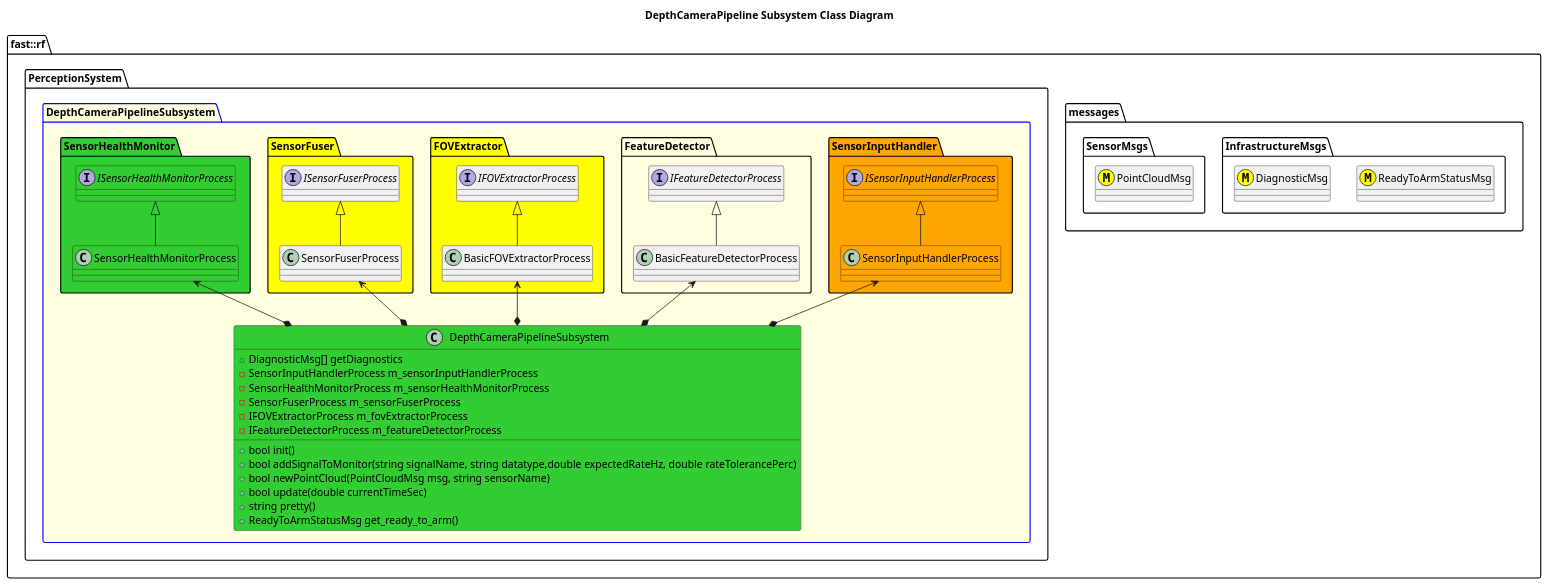
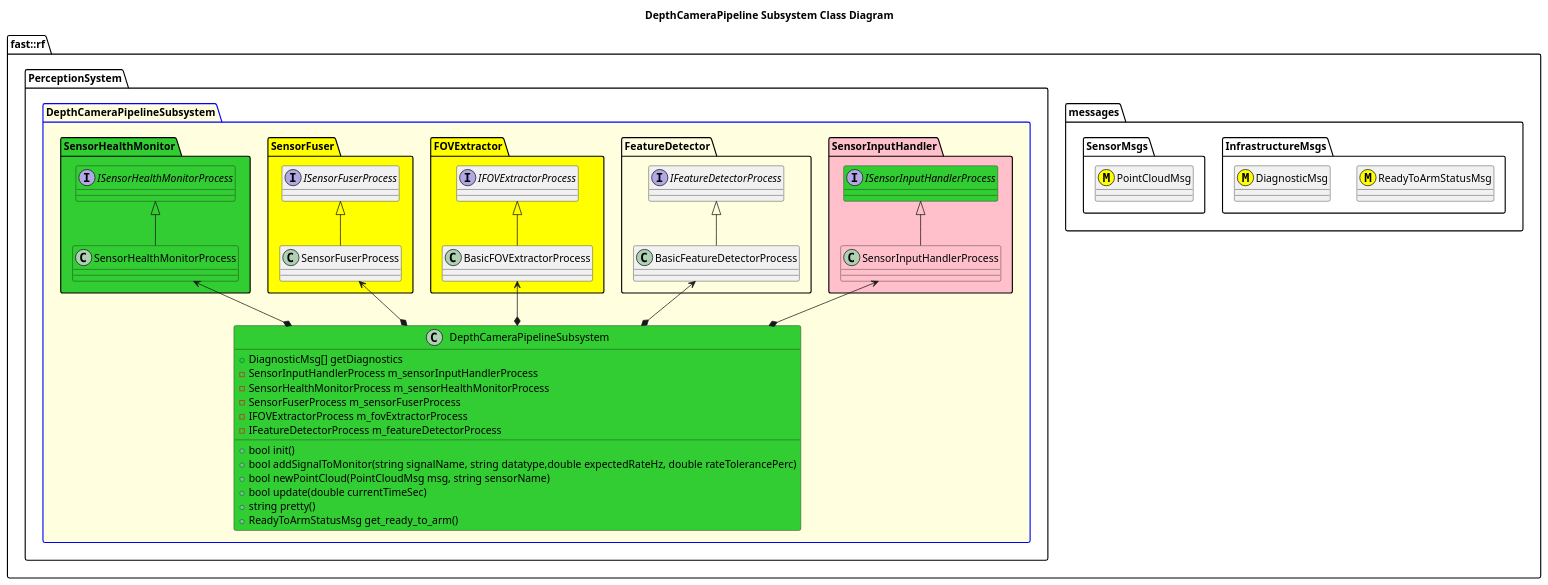
The diagram in Systems/Perception/Subsystems/DepthCameraPipeline/doc/puml/DepthCameraPipelineSubsystemClassDiagram.puml (fastrobotics/robot_framework), drawn with PlantUML before and after one commit. The commit also changed 8 other files, not shown here.

```diff
--- a/Systems/Perception/Subsystems/DepthCameraPipeline/doc/puml/DepthCameraPipelineSubsystemClassDiagram.puml
+++ b/Systems/Perception/Subsystems/DepthCameraPipeline/doc/puml/DepthCameraPipelineSubsystemClassDiagram.puml
@@ -2,65 +2,65 @@
 @startuml
 title DepthCameraPipeline Subsystem Class Diagram
 namespace fast::rf {
   namespace messages {
     namespace InfrastructureMsgs {
         class ReadyToArmStatusMsg <<(M,#FFFF00)>>
         class DiagnosticMsg <<(M,#FFFF00)>>
     }
     namespace SensorMsgs {
         class PointCloudMsg <<(M,#FFFF00)>>
     }
   }
   namespace PerceptionSystem {
     package DepthCameraPipelineSubsystem #LightYellow;line:blue {
         
-        namespace SensorInputHandler #Orange {
-            interface ISensorInputHandlerProcess #Orange
-            class SensorInputHandlerProcess #Orange
+        namespace SensorInputHandler #Pink {
+            interface ISensorInputHandlerProcess #LimeGreen
+            class SensorInputHandlerProcess #Pink
             SensorInputHandlerProcess -up-|> ISensorInputHandlerProcess
         }
         namespace FeatureDetector {
             interface IFeatureDetectorProcess
             class BasicFeatureDetectorProcess
             BasicFeatureDetectorProcess -up-|> IFeatureDetectorProcess
         }
         namespace FOVExtractor #Yellow {
             interface IFOVExtractorProcess
             class BasicFOVExtractorProcess
             BasicFOVExtractorProcess -up-|> IFOVExtractorProcess
         }
         namespace SensorFuser #Yellow {
             interface ISensorFuserProcess
             class SensorFuserProcess
             SensorFuserProcess -up-|> ISensorFuserProcess
         }
         namespace SensorHealthMonitor #LimeGreen {
             interface ISensorHealthMonitorProcess #LimeGreen
             class SensorHealthMonitorProcess #LimeGreen
             SensorHealthMonitorProcess -up-|> ISensorHealthMonitorProcess
 
         }
         class DepthCameraPipelineSubsystem #LimeGreen {
             +bool init()
             +bool addSignalToMonitor(string signalName, string datatype,double expectedRateHz, double rateTolerancePerc)
             +bool newPointCloud(PointCloudMsg msg, string sensorName)
             +bool update(double currentTimeSec)
             +string pretty()
             +ReadyToArmStatusMsg get_ready_to_arm()
             +DiagnosticMsg[] getDiagnostics
             -SensorInputHandlerProcess m_sensorInputHandlerProcess
             -SensorHealthMonitorProcess m_sensorHealthMonitorProcess
             -SensorFuserProcess m_sensorFuserProcess
             -IFOVExtractorProcess m_fovExtractorProcess
             -IFeatureDetectorProcess m_featureDetectorProcess
 
         }
         DepthCameraPipelineSubsystem *-up-> SensorInputHandlerProcess
         DepthCameraPipelineSubsystem *-up-> SensorHealthMonitorProcess
         DepthCameraPipelineSubsystem *-up-> SensorFuserProcess
         DepthCameraPipelineSubsystem *-up-> BasicFOVExtractorProcess
         DepthCameraPipelineSubsystem *-up-> BasicFeatureDetectorProcess
     }
   }
 }
 @enduml
```
